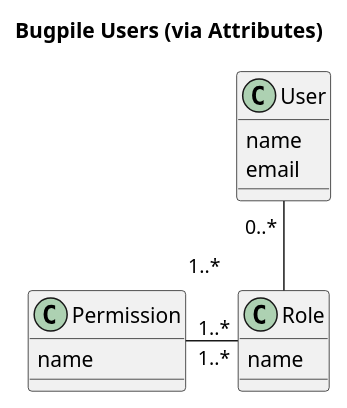
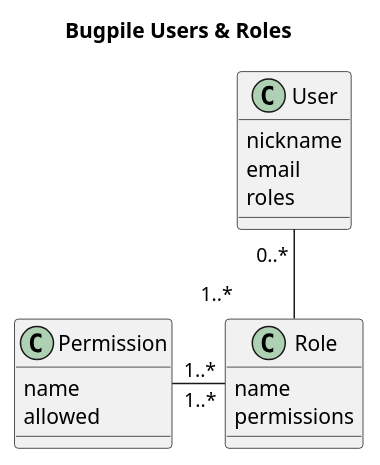
Before and after one commit to bzg/bugpile: diagram 44 of 44 in doc/worg/org-contrib/gsoc2012/student-projects/bugpile/i.org, drawn with PlantUML. The commit also changed other lines of this file and 1 other file, not shown here.

```diff
--- a/doc/worg/org-contrib/gsoc2012/student-projects/bugpile/i.org
+++ b/doc/worg/org-contrib/gsoc2012/student-projects/bugpile/i.org
@@ -1894,8 +1919,8 @@
-#+begin_src plantuml :file ../../../../images/gsoc/2012/bugpile/bugpile-users-class-model-attr.png 
-  title Bugpile Users (via Attributes)
-  User : name\nemail
-  Role : name 
-  Permission : name
+#+begin_src plantuml :file ../../../../images/gsoc/2012/bugpile/bugpile-users-roles-class-model.png 
+  title Bugpile Users & Roles
+  User : nickname\nemail\nroles
+  Role : name\npermissions
+  Permission : name\nallowed
   User "             0..*" -down- "1..*           " Role
   Role "1..*" -left- "1..*" Permission
 #+end_src
```
